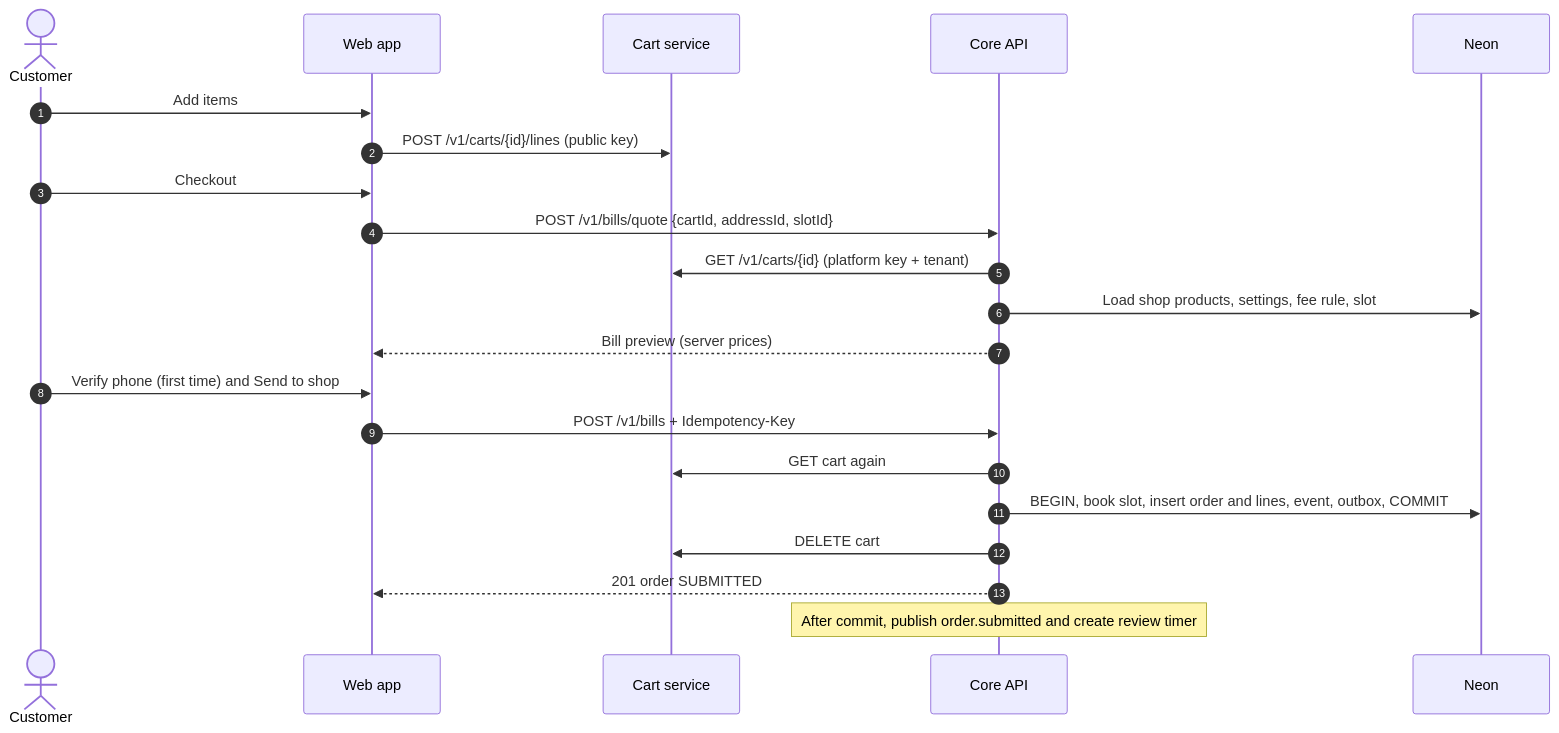
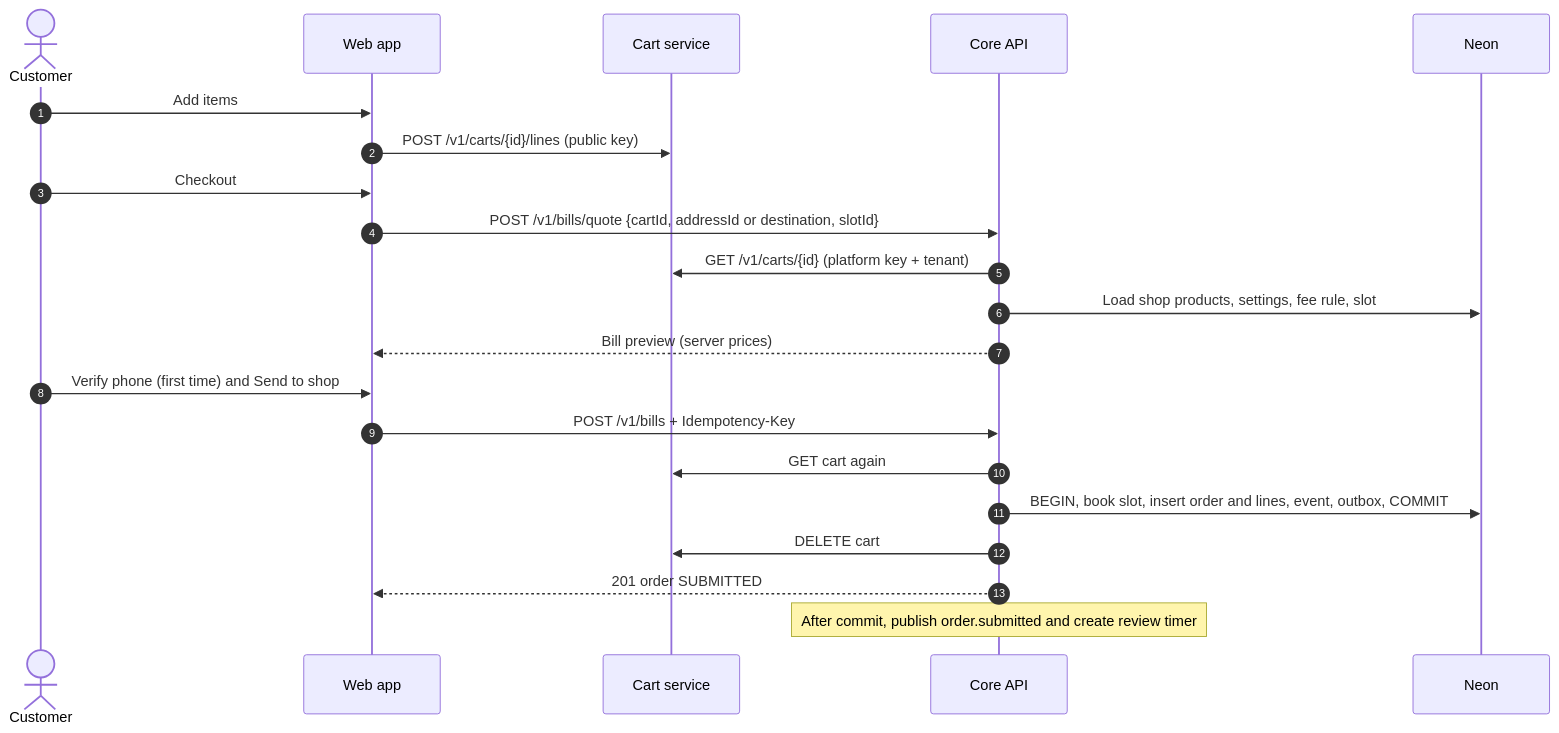
The second of 4 diagrams in docs/03-order-flow.md (queorosolution/grocery), drawn with Mermaid before and after one commit. The commit also changed 8 other files, not shown here.

````diff
--- a/docs/03-order-flow.md
+++ b/docs/03-order-flow.md
@@ -130,23 +130,23 @@
 ```mermaid
 sequenceDiagram
   autonumber
   actor C as Customer
   participant W as Web app
   participant CS as Cart service
   participant API as Core API
   participant DB as Neon
   C->>W: Add items
   W->>CS: POST /v1/carts/{id}/lines (public key)
   C->>W: Checkout
-  W->>API: POST /v1/bills/quote {cartId, addressId, slotId}
+  W->>API: POST /v1/bills/quote {cartId, addressId or destination, slotId}
   API->>CS: GET /v1/carts/{id} (platform key + tenant)
   API->>DB: Load shop products, settings, fee rule, slot
   API-->>W: Bill preview (server prices)
   C->>W: Verify phone (first time) and Send to shop
   W->>API: POST /v1/bills + Idempotency-Key
   API->>CS: GET cart again
   API->>DB: BEGIN, book slot, insert order and lines, event, outbox, COMMIT
   API->>CS: DELETE cart
   API-->>W: 201 order SUBMITTED
   Note over API: After commit, publish order.submitted and create review timer
 ```
````
